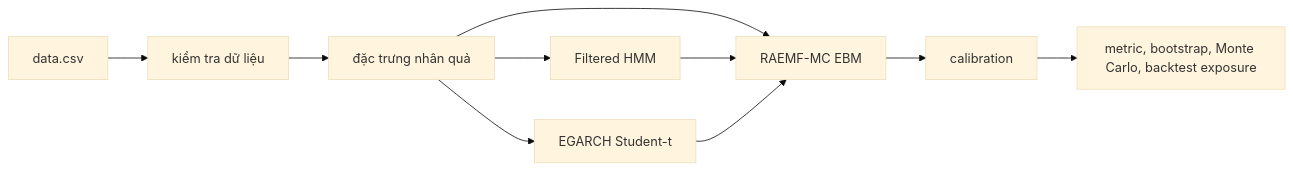
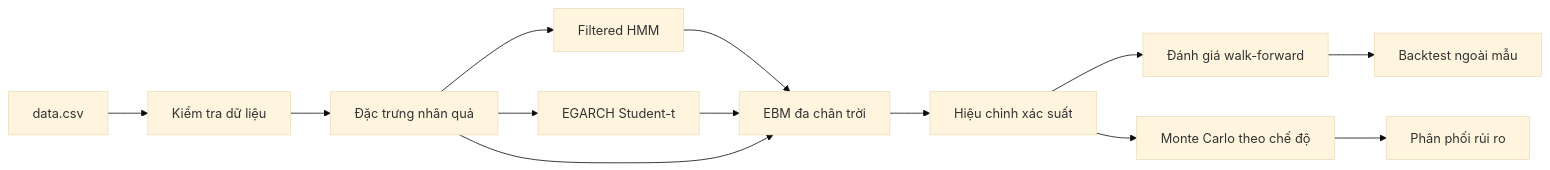
The diagram in README.md (namngyh/Regime-Aware-Explainable-Multi-Horizon-Forecasting-with-Monte-Carlo), drawn with Mermaid (base theme) before and after one commit. The commit also changed other lines of this file and 242 other files, not shown here.

````diff
--- a/README.md
+++ b/README.md
@@ -7,12 +30,15 @@
 ```mermaid
 flowchart LR
-  A[data.csv] --> B[kiểm tra dữ liệu]
-  B --> C[đặc trưng nhân quả]
-  C --> D[Filtered HMM]
-  C --> E[EGARCH Student-t]
-  C --> F[RAEMF-MC EBM]
-  D --> F
-  E --> F
-  F --> G[calibration]
-  G --> H[metric, bootstrap, Monte Carlo, backtest exposure]
+    A[data.csv] --> B[Kiểm tra dữ liệu]
+    B --> C[Đặc trưng nhân quả]
+    C --> D[Filtered HMM]
+    C --> E[EGARCH Student-t]
+    D --> F[EBM đa chân trời]
+    E --> F
+    C --> F
+    F --> G[Hiệu chỉnh xác suất]
+    G --> H[Đánh giá walk-forward]
+    G --> I[Monte Carlo theo chế độ]
+    H --> J[Backtest ngoài mẫu]
+    I --> K[Phân phối rủi ro]
 ```
````
